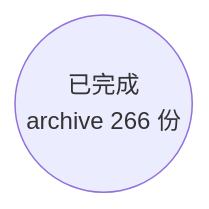
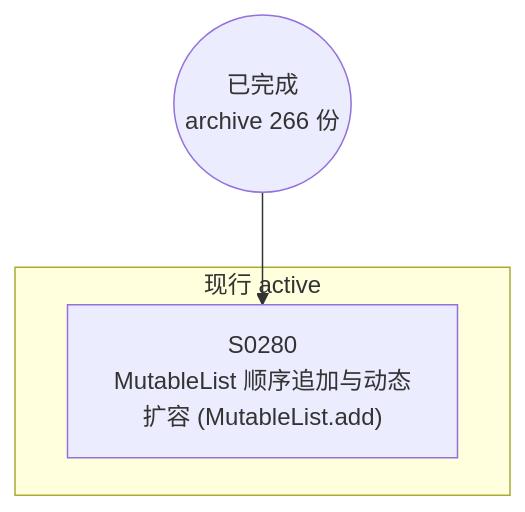
The diagram in docs/specs/dependency-graph.md (Halckon/Koven), drawn with Mermaid before and after one commit. The commit also changed other lines of this file and 6 other files, not shown here.

Commit message:
docs(spec-0280): define MutableList.add dynamic growth contract (SPEC-0280)

````diff
--- a/docs/specs/dependency-graph.md
+++ b/docs/specs/dependency-graph.md
@@ -9,4 +9,8 @@
 ```mermaid
 flowchart TD
 ARCH(("已完成<br/>archive 266 份"))
+subgraph Gactive["现行 active"]
+  S0280["S0280<br/>MutableList 顺序追加与动态扩容 (MutableList.add)"]
+end
+ARCH --> S0280
 ```
````
